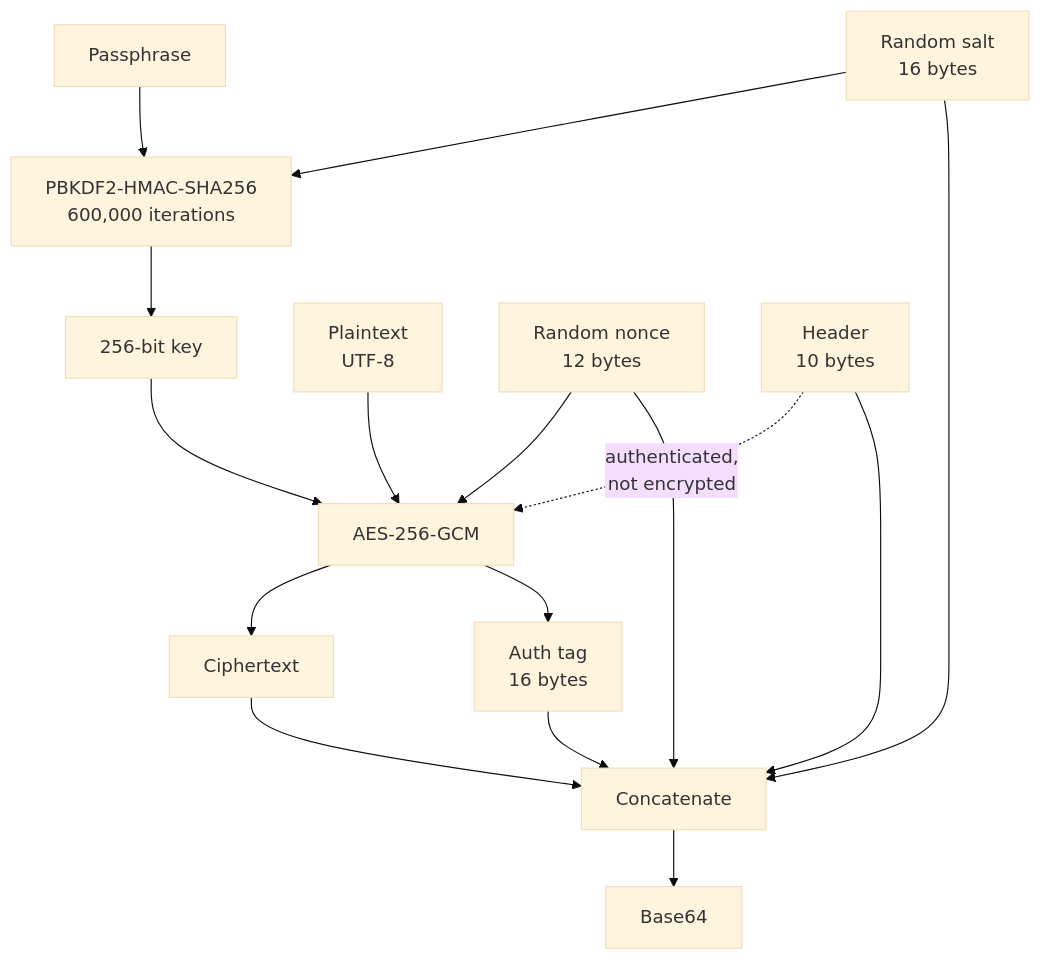
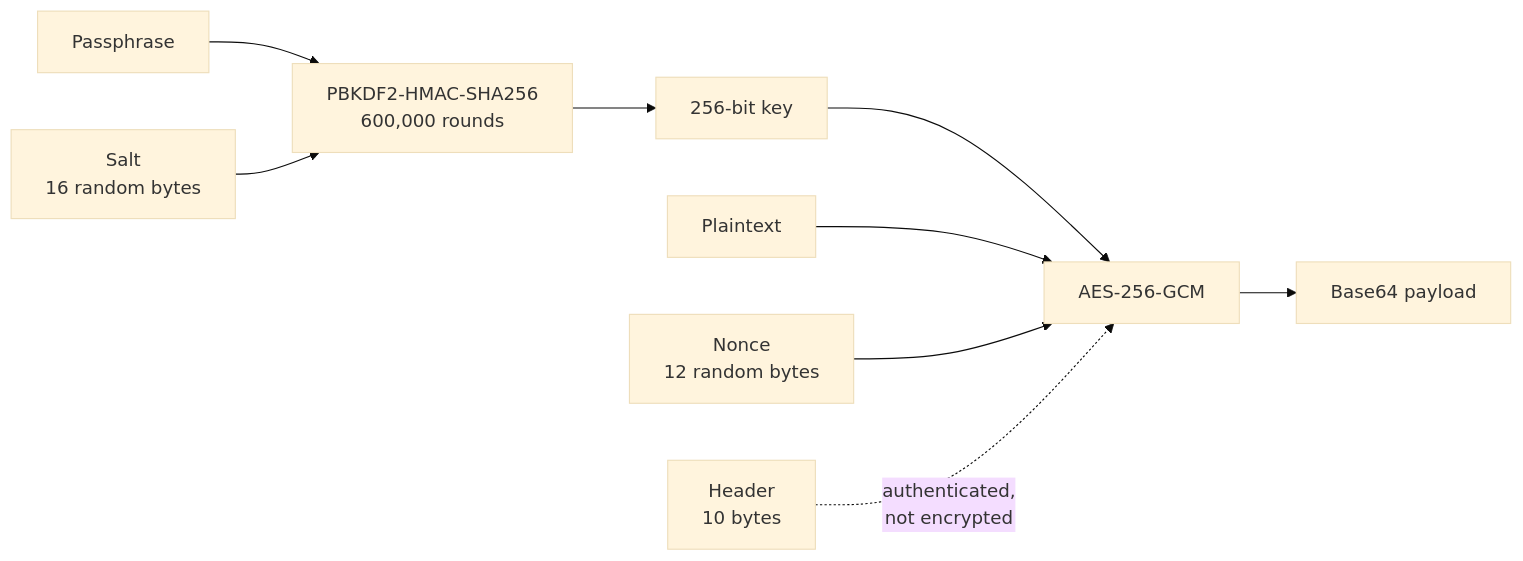
The first of 3 diagrams in docs/THEORY-OF-OPERATION.md (sevmorris/FL2601), drawn with Mermaid (base theme) before and after one commit. The commit also changed other lines of this file, not shown here.

First line of the commit message:
Reshape the diagrams to fit GitHub's mermaid frame

````diff
--- a/docs/THEORY-OF-OPERATION.md
+++ b/docs/THEORY-OF-OPERATION.md
@@ -38,18 +38,11 @@
 ```mermaid
-flowchart TD
-    A["Passphrase"] --> B["PBKDF2-HMAC-SHA256<br/>600,000 iterations"]
-    S["Random salt<br/>16 bytes"] --> B
-    B --> K["256-bit key"]
-    P["Plaintext<br/>UTF-8"] --> E["AES-256-GCM"]
-    K --> E
-    N["Random nonce<br/>12 bytes"] --> E
-    H["Header<br/>10 bytes"] -.->|"authenticated,<br/>not encrypted"| E
-    E --> C["Ciphertext"]
-    E --> T["Auth tag<br/>16 bytes"]
-    H --> W["Concatenate"]
-    S --> W
-    N --> W
-    C --> W
-    T --> W
-    W --> B64["Base64"]
+flowchart LR
+    P["Passphrase"] --> KDF["PBKDF2-HMAC-SHA256<br/>600,000 rounds"]
+    S["Salt<br/>16 random bytes"] --> KDF
+    KDF --> KEY["256-bit key"]
+    KEY --> GCM["AES-256-GCM"]
+    M["Plaintext"] --> GCM
+    N["Nonce<br/>12 random bytes"] --> GCM
+    H["Header<br/>10 bytes"] -.->|"authenticated,<br/>not encrypted"| GCM
+    GCM --> OUT["Base64 payload"]
 ```
````
